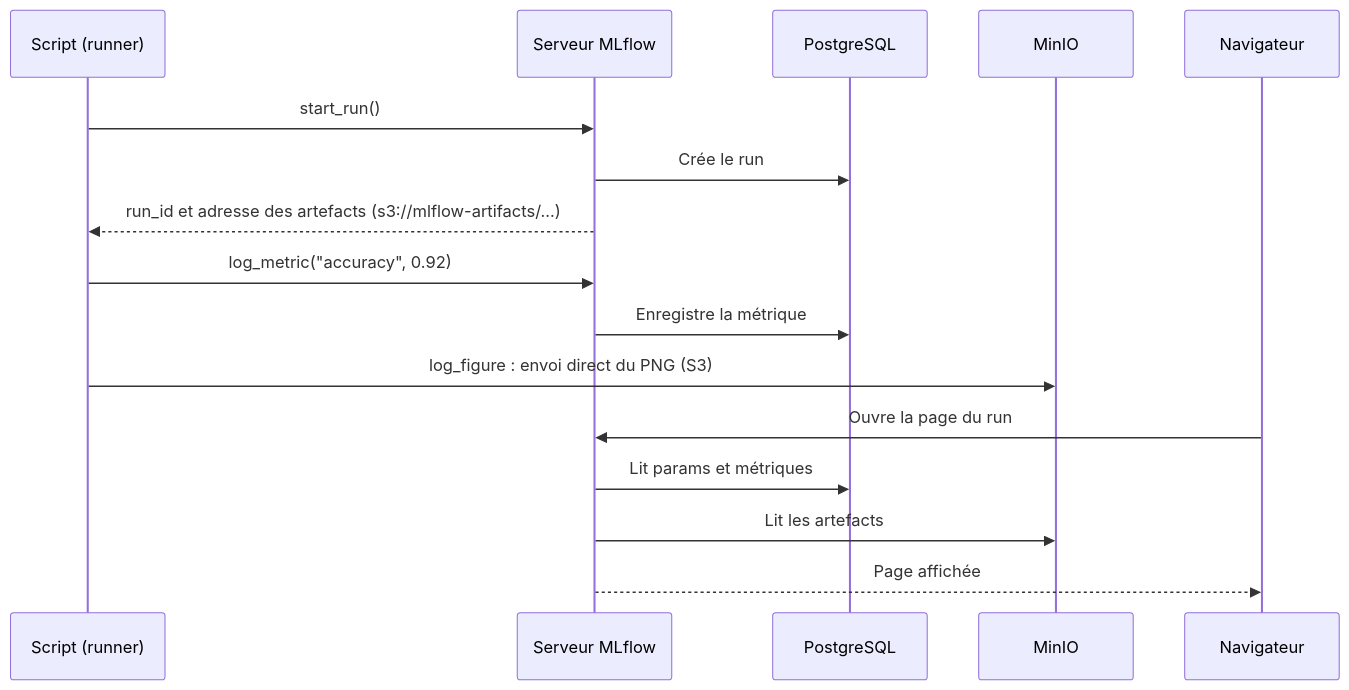
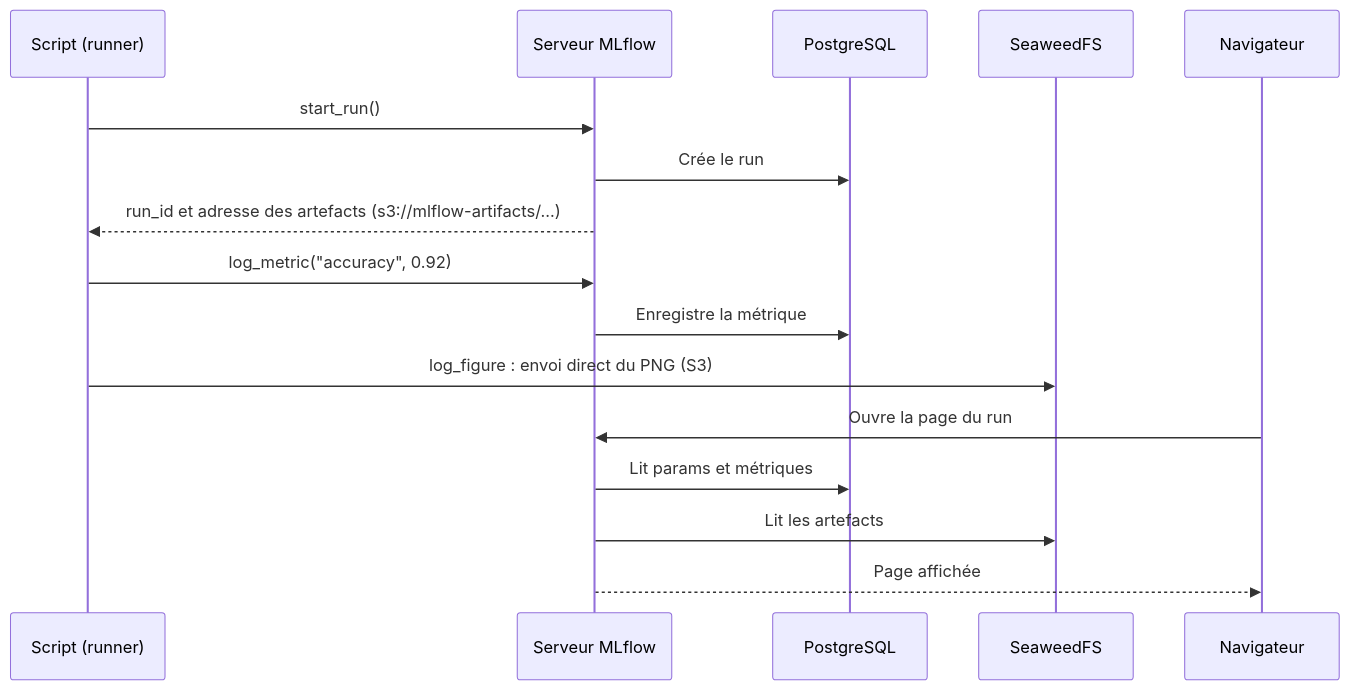
Before and after one commit to floSa/MLflow-Test-Bench: the second of 2 diagrams in TUTORIAL.md, drawn with Mermaid. The commit also changed other lines of this file and 7 other files, not shown here.

First line of the commit message:
fix(stockage): remplace MinIO par SeaweedFS 3.80 et ajoute un test de fumee

````diff
--- a/TUTORIAL.md
+++ b/TUTORIAL.md
@@ -331,19 +331,19 @@
 ```mermaid
 sequenceDiagram
     participant S as Script (runner)
     participant M as Serveur MLflow
     participant P as PostgreSQL
-    participant O as MinIO
+    participant O as SeaweedFS
     participant U as Navigateur
 
     S->>M: start_run()
     M->>P: Crée le run
     M-->>S: run_id et adresse des artefacts (s3://mlflow-artifacts/...)
     S->>M: log_metric("accuracy", 0.92)
     M->>P: Enregistre la métrique
     S->>O: log_figure : envoi direct du PNG (S3)
     U->>M: Ouvre la page du run
     M->>P: Lit params et métriques
     M->>O: Lit les artefacts
     M-->>U: Page affichée
 ```
````
